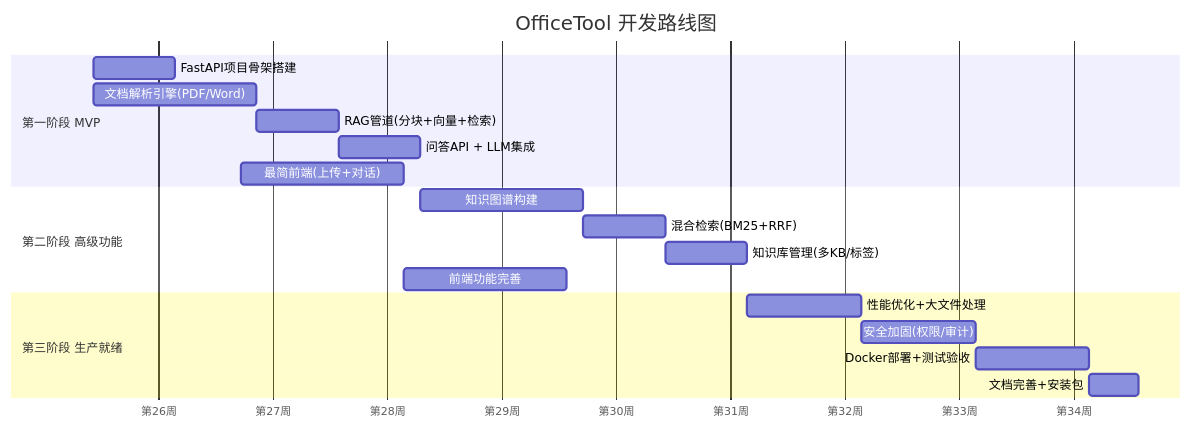
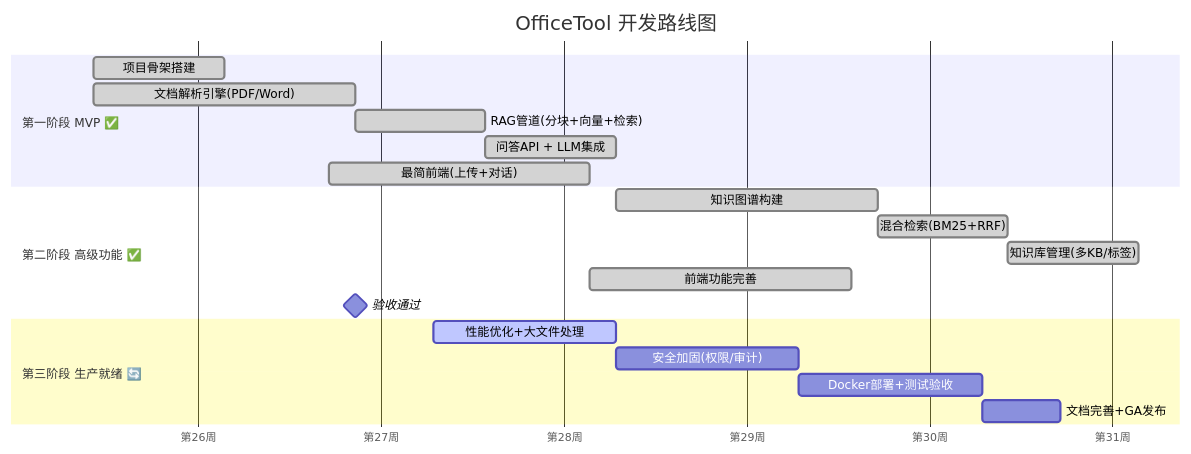
The diagram in docs/README.md (kongcheng-max/OfficeTool2.0), drawn with Mermaid before and after one commit. The commit also changed other lines of this file and 99 other files, not shown here.

````diff
--- a/docs/README.md
+++ b/docs/README.md
@@ -52,25 +52,26 @@
 ```mermaid
 gantt
     title OfficeTool 开发路线图
     dateFormat  YYYY-MM-DD
     axisFormat  第%W周
 
-    section 第一阶段 MVP
-    FastAPI项目骨架搭建      :a1, 2026-07-01, 5d
-    文档解析引擎(PDF/Word)    :a2, 2026-07-01, 10d
-    RAG管道(分块+向量+检索)   :a3, after a2, 5d
-    问答API + LLM集成         :a4, after a3, 5d
-    最简前端(上传+对话)       :a5, 2026-07-10, 10d
+    section 第一阶段 MVP ✅
+    项目骨架搭建              :done, a1, 2026-07-01, 5d
+    文档解析引擎(PDF/Word)    :done, a2, 2026-07-01, 10d
+    RAG管道(分块+向量+检索)   :done, a3, after a2, 5d
+    问答API + LLM集成         :done, a4, after a3, 5d
+    最简前端(上传+对话)       :done, a5, 2026-07-10, 10d
 
-    section 第二阶段 高级功能
-    知识图谱构建              :b1, after a4, 10d
-    混合检索(BM25+RRF)        :b2, after b1, 5d
-    知识库管理(多KB/标签)      :b3, after b2, 5d
-    前端功能完善              :b4, after a5, 10d
+    section 第二阶段 高级功能 ✅
+    知识图谱构建              :done, b1, after a4, 10d
+    混合检索(BM25+RRF)        :done, b2, after b1, 5d
+    知识库管理(多KB/标签)      :done, b3, after b2, 5d
+    前端功能完善              :done, b4, after a5, 10d
+    验收通过                  :milestone, b5, 2026-07-11, 0d
 
-    section 第三阶段 生产就绪
-    性能优化+大文件处理       :c1, after b3, 7d
+    section 第三阶段 生产就绪 🔄
+    性能优化+大文件处理       :active, c1, 2026-07-14, 7d
     安全加固(权限/审计)       :c2, after c1, 7d
     Docker部署+测试验收       :c3, after c2, 7d
-    文档完善+安装包           :c4, after c3, 3d
+    文档完善+GA发布           :c4, after c3, 3d
 ```
````
